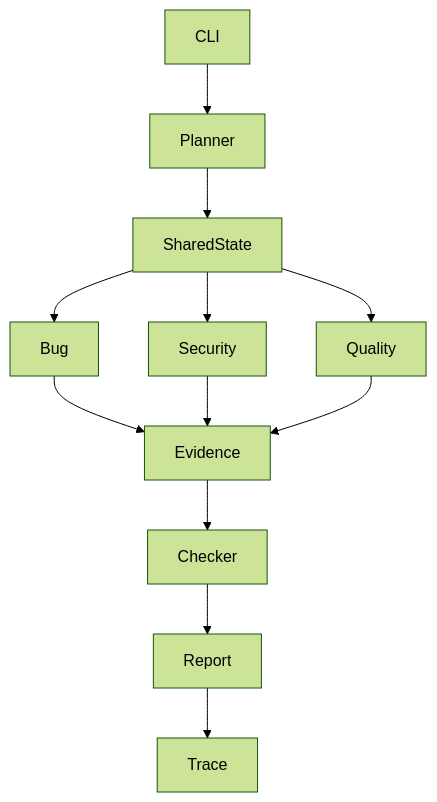
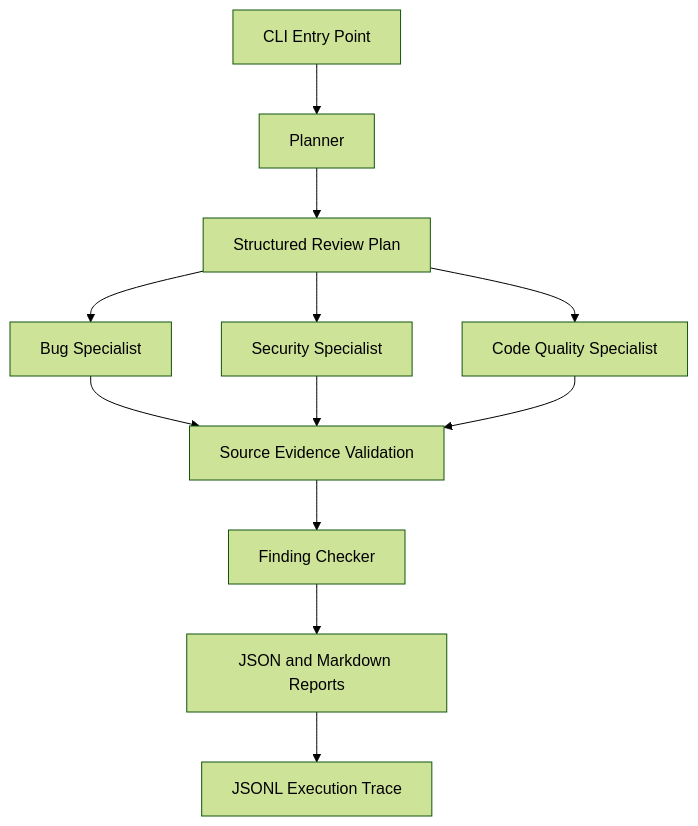
One commit to Kiran111L/agentic-code-review-harness changed the diagram in README.md. Above: the diagram before and after it, drawn with Mermaid (forest theme). The commit also changed other lines of this file, not shown here.

````diff
--- a/README.md
+++ b/README.md
@@ -13,14 +15,14 @@
 ```mermaid
 flowchart TD
-  CLI --> Planner
-  Planner --> SharedState
-  SharedState --> Bug
-  SharedState --> Security
-  SharedState --> Quality
-  Bug --> Evidence
-  Security --> Evidence
-  Quality --> Evidence
-  Evidence --> Checker
-  Checker --> Report
-  Report --> Trace
+    CLI[CLI Entry Point] --> Planner[Planner]
+    Planner --> State[Structured Review Plan]
+    State --> Bug[Bug Specialist]
+    State --> Security[Security Specialist]
+    State --> Quality[Code Quality Specialist]
+    Bug --> Evidence[Source Evidence Validation]
+    Security --> Evidence
+    Quality --> Evidence
+    Evidence --> Checker[Finding Checker]
+    Checker --> Reports[JSON and Markdown Reports]
+    Reports --> Trace[JSONL Execution Trace]
 ```
````
